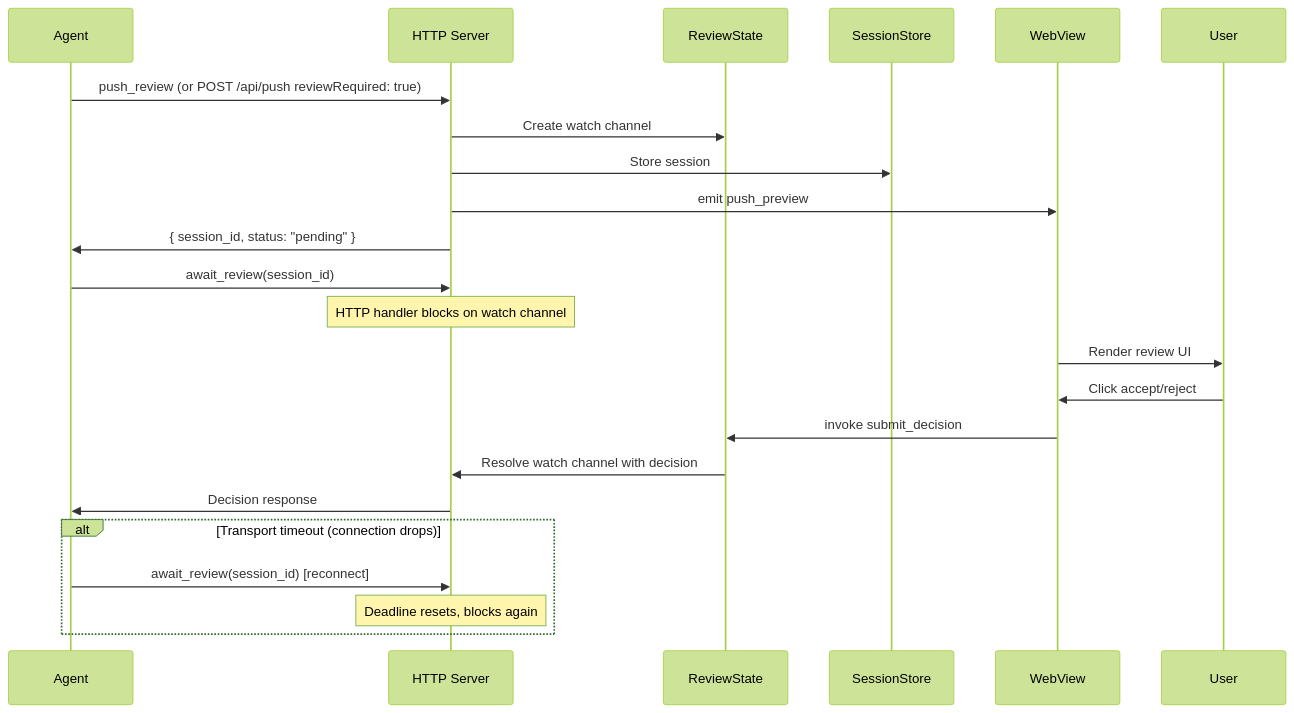
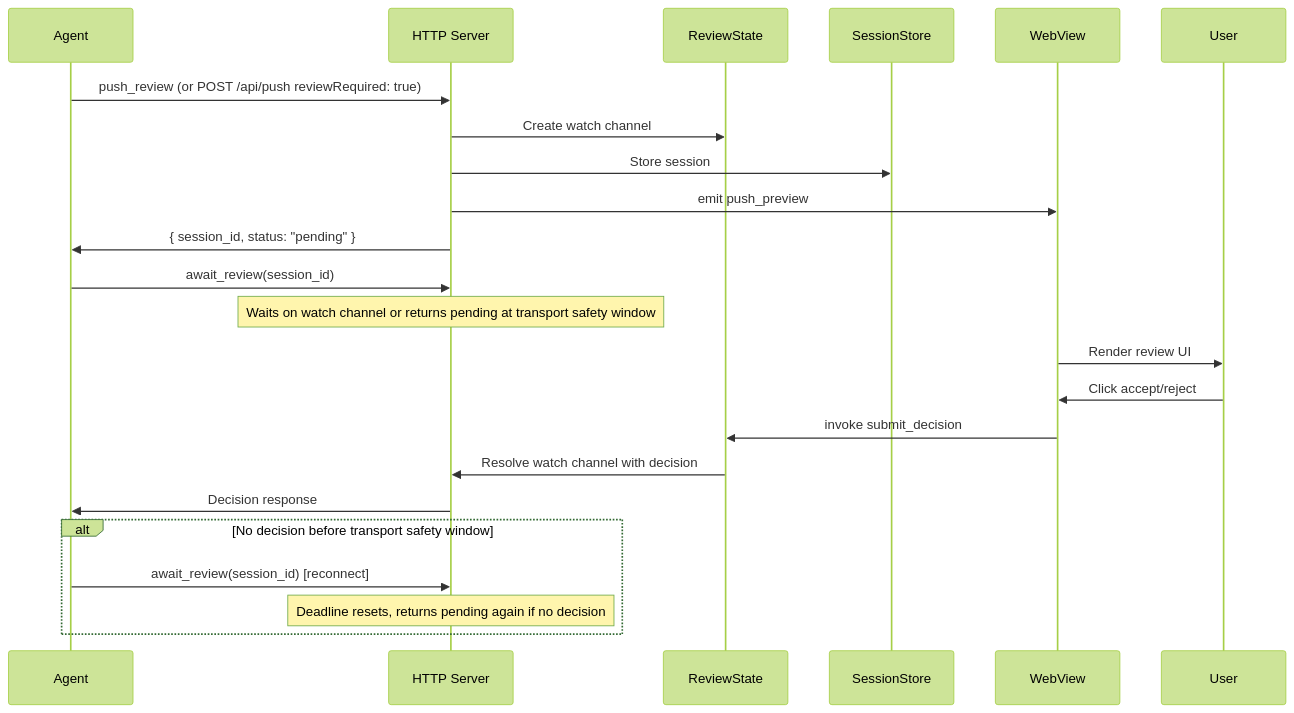
Before and after one commit to DeeJanuz/mcp-mux: the fourth of 4 diagrams in docs/architecture.md, drawn with Mermaid (forest theme). The commit also changed other lines of this file and 14 other files, not shown here.

Commit message:
Update MCPViews universal graph discovery and docs

````diff
--- a/docs/architecture.md
+++ b/docs/architecture.md
@@ -159,28 +159,28 @@
 ```mermaid
 sequenceDiagram
     participant Agent as Agent
     participant HTTP as HTTP Server
     participant Review as ReviewState
     participant Store as SessionStore
     participant WebView as WebView
     participant User as User
 
     Agent->>HTTP: push_review (or POST /api/push reviewRequired: true)
     HTTP->>Review: Create watch channel
     HTTP->>Store: Store session
     HTTP->>WebView: emit push_preview
     HTTP->>Agent: { session_id, status: "pending" }
 
     Agent->>HTTP: await_review(session_id)
-    Note over HTTP: HTTP handler blocks on watch channel
+    Note over HTTP: Waits on watch channel or returns pending at transport safety window
     WebView->>User: Render review UI
     User->>WebView: Click accept/reject
     WebView->>Review: invoke submit_decision
     Review->>HTTP: Resolve watch channel with decision
     HTTP->>Agent: Decision response
 
-    alt Transport timeout (connection drops)
+    alt No decision before transport safety window
         Agent->>HTTP: await_review(session_id) [reconnect]
-        Note over HTTP: Deadline resets, blocks again
+        Note over HTTP: Deadline resets, returns pending again if no decision
     end
 ```
````
